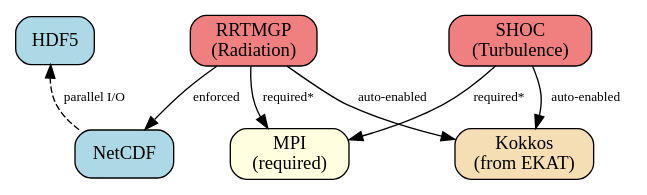
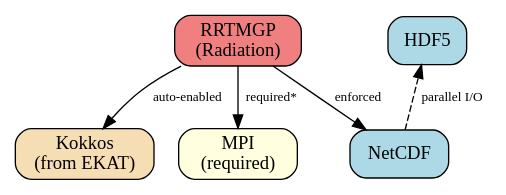
The diagram in Docs/sphinx_doc/buildingOverview.rst (erf-model/ERF), drawn with Graphviz before and after one commit. The commit also changed other lines of this file and 67 other files, not shown here.

```diff
--- a/Docs/sphinx_doc/buildingOverview.rst
+++ b/Docs/sphinx_doc/buildingOverview.rst
@@ -31,34 +32,30 @@
 .. graphviz::
    :align: center
    :caption: Physics Package Dependencies
 
    digraph physics_deps {
        rankdir=TB;
        node [shape=box, style="rounded,filled"];
        edge [fontsize=10];
 
        // Physics packages
        RRTMGP [label="RRTMGP\n(Radiation)", fillcolor=lightcoral];
-       SHOC [label="SHOC\n(Turbulence)", fillcolor=lightcoral];
 
        // Dependencies
        NetCDF [fillcolor=lightblue];
        HDF5 [label="HDF5", fillcolor=lightblue];
        Kokkos [label="Kokkos\n(from EKAT)", fillcolor=wheat];
        MPI [label="MPI\n(required)", fillcolor=lightyellow];
 
        // Dependency arrows
        RRTMGP -> NetCDF [label="enforced"];
        RRTMGP -> Kokkos [label="auto-enabled"];
        RRTMGP -> MPI [label="required*"];
 
-       SHOC -> Kokkos [label="auto-enabled"];
-       SHOC -> MPI [label="required*"];
-
        NetCDF -> HDF5 [style=dashed, label="parallel I/O"];
 
        // Layout
-       {rank=same; RRTMGP SHOC}
+       {rank=same; RRTMGP}
        {rank=same; NetCDF Kokkos MPI}
        {rank=min; HDF5}
    }
```
